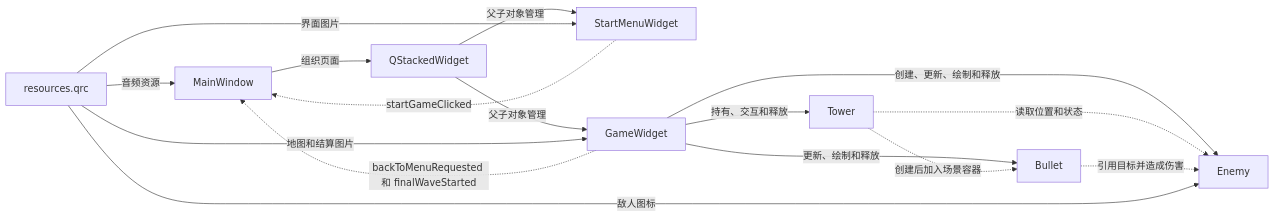
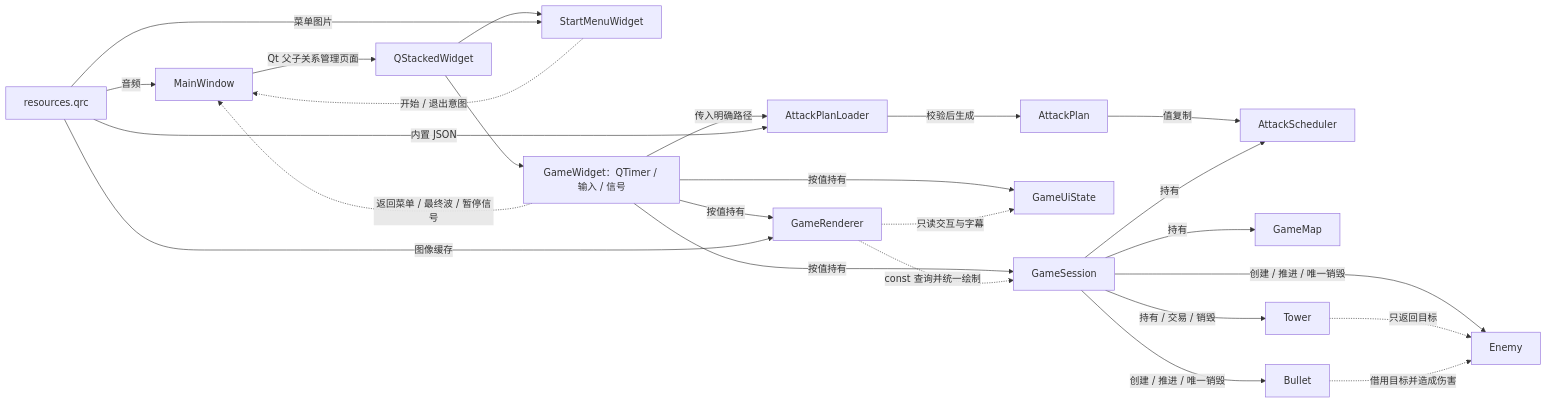
The second of 3 diagrams in 项目报告补充_第四五章.md (ystardustq7614/data_structure_project), drawn with Mermaid before and after one commit. The commit also changed other lines of this file and 91 other files, not shown here.

````diff
--- a/项目报告补充_第四五章.md
+++ b/项目报告补充_第四五章.md
@@ -67,18 +81,27 @@
 ```mermaid
 flowchart LR
-    MW["MainWindow"] -->|组织页面| SW["QStackedWidget"]
-    SW -->|父子对象管理| SM["StartMenuWidget"]
-    SW -->|父子对象管理| GW["GameWidget"]
-    SM -.->|startGameClicked| MW
-    GW -.->|backToMenuRequested 和 finalWaveStarted| MW
-    GW -->|创建、更新、绘制和释放| EN["Enemy"]
-    GW -->|持有、交互和释放| TW["Tower"]
-    GW -->|更新、绘制和释放| BU["Bullet"]
-    TW -.->|读取位置和状态| EN
-    TW -.->|创建后加入场景容器| BU
-    BU -.->|引用目标并造成伤害| EN
-    RS["resources.qrc"] -->|界面图片| SM
-    RS -->|地图和结算图片| GW
-    RS -->|敌人图标| EN
-    RS -->|音频资源| MW
+    MW["MainWindow"] -->|Qt 父子关系管理页面| SW["QStackedWidget"]
+    SW --> SM["StartMenuWidget"]
+    SW --> GW["GameWidget：QTimer / 输入 / 信号"]
+    SM -.->|开始 / 退出意图| MW
+    GW -.->|返回菜单 / 最终波 / 暂停信号| MW
+    GW -->|按值持有| GS["GameSession"]
+    GW -->|按值持有| UI["GameUiState"]
+    GW -->|按值持有| GR["GameRenderer"]
+    GW -->|传入明确路径| PL["AttackPlanLoader"]
+    PL -->|校验后生成| AP["AttackPlan"]
+    AP -->|值复制| AS["AttackScheduler"]
+    GS -->|持有| AS
+    GS -->|持有| MP["GameMap"]
+    GS -->|创建 / 推进 / 唯一销毁| EN["Enemy"]
+    GS -->|持有 / 交易 / 销毁| TW["Tower"]
+    GS -->|创建 / 推进 / 唯一销毁| BU["Bullet"]
+    TW -.->|只返回目标| EN
+    BU -.->|借用目标并造成伤害| EN
+    GR -.->|const 查询并统一绘制| GS
+    GR -.->|只读交互与字幕| UI
+    RS["resources.qrc"] -->|图像缓存| GR
+    RS -->|菜单图片| SM
+    RS -->|内置 JSON| PL
+    RS -->|音频| MW
 ```
````
